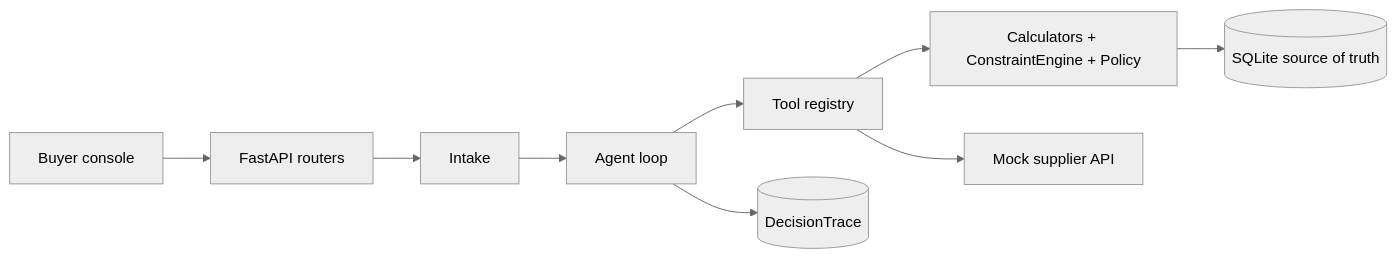
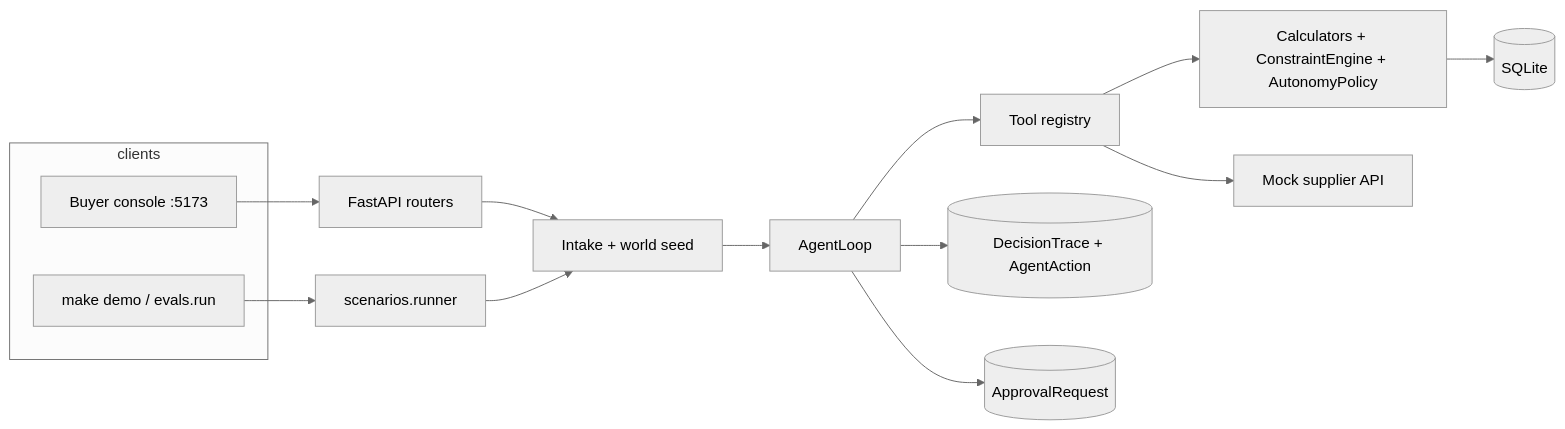
The first of 6 diagrams in docs/architecture.md (saumyakri28/AIpurchasingagentv-1), drawn with Mermaid (neutral theme) before and after one commit. The commit also changed other lines of this file and 5 other files, not shown here.

Commit message:
docs: README, architecture diagrams and validation approach

````diff
--- a/docs/architecture.md
+++ b/docs/architecture.md
@@ -7,11 +36,18 @@
 ```mermaid
 flowchart LR
-  UI[Buyer console] --> API[FastAPI routers]
-  API --> Intake[Intake]
-  Intake --> Loop[Agent loop]
+  subgraph clients
+    UI[Buyer console :5173]
+    Demo["make demo / evals.run"]
+  end
+  UI --> API[FastAPI routers]
+  Demo --> Runner[scenarios.runner]
+  API --> Intake
+  Runner --> Intake[Intake + world seed]
+  Intake --> Loop[AgentLoop]
   Loop --> Registry[Tool registry]
-  Registry --> Domain[Calculators + ConstraintEngine + Policy]
-  Domain --> DB[(SQLite source of truth)]
+  Registry --> Domain[Calculators + ConstraintEngine + AutonomyPolicy]
+  Domain --> DB[(SQLite)]
   Registry --> Supplier[Mock supplier API]
-  Loop --> Trace[(DecisionTrace)]
+  Loop --> Trace[(DecisionTrace + AgentAction)]
+  Loop --> Approvals[(ApprovalRequest)]
 ```
````
